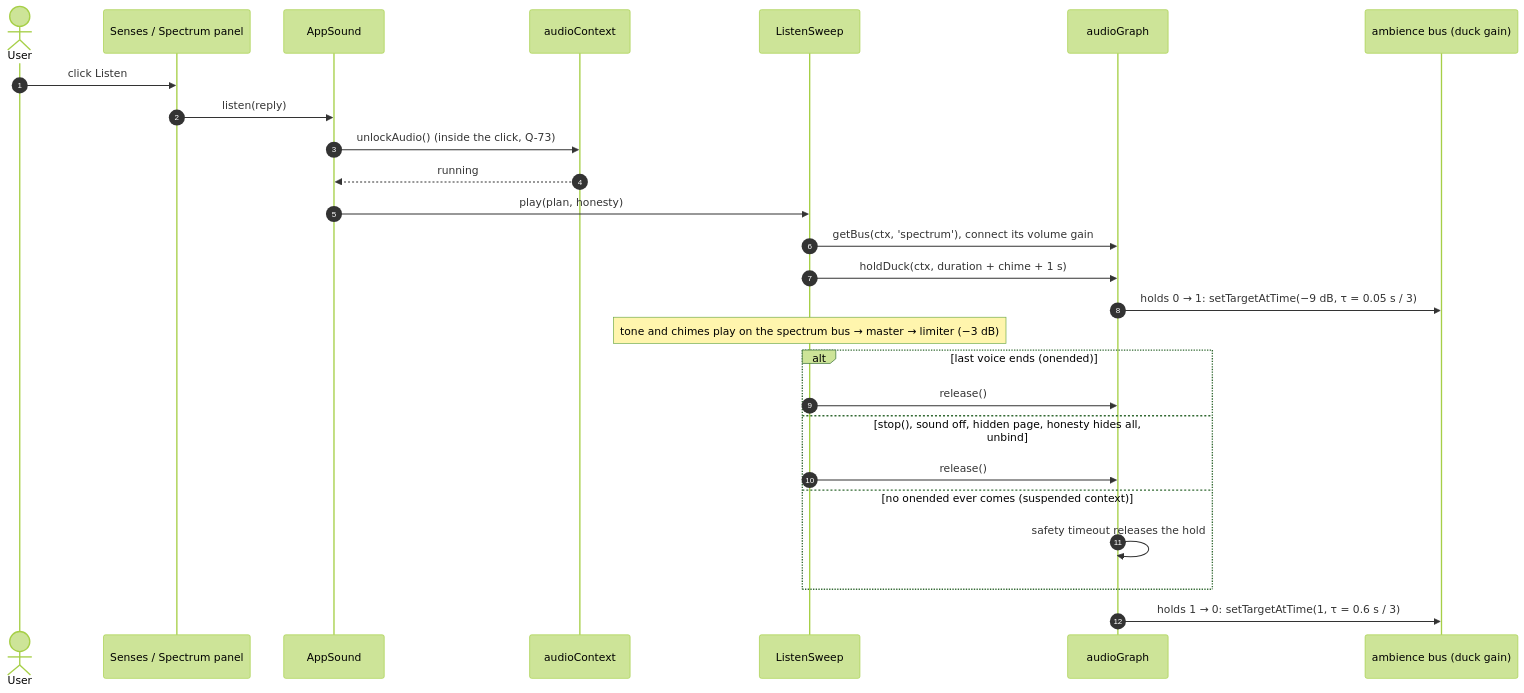
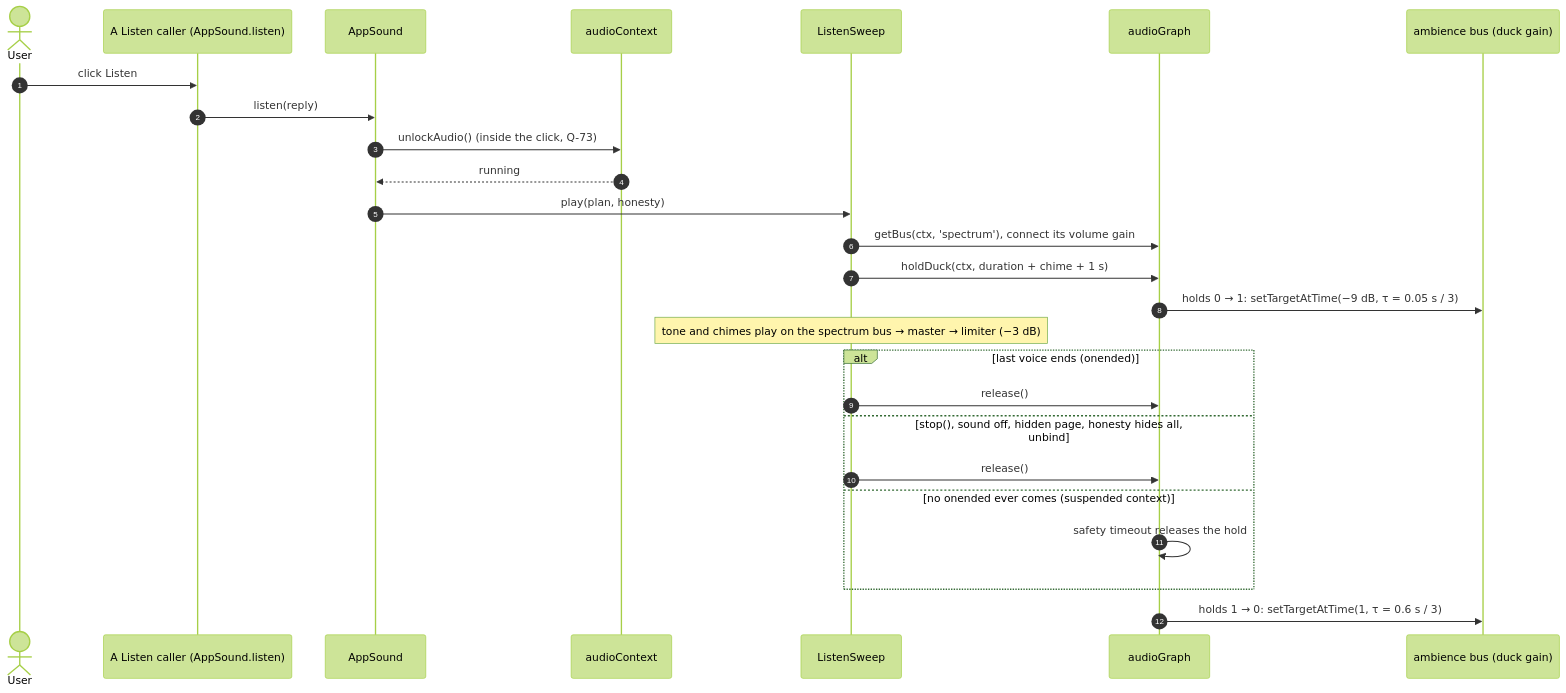
Before and after one commit to 0ffrian/SphereX: the diagram in docs/uml/11-sequence-touch-haptics.md, drawn with Mermaid (forest theme). The commit also changed other lines of this file and 18 other files, not shown here.

````diff
--- a/docs/uml/11-sequence-touch-haptics.md
+++ b/docs/uml/11-sequence-touch-haptics.md
@@ -7,28 +7,28 @@
 ```mermaid
 sequenceDiagram
   autonumber
   actor U as User
-  participant UI as Senses / Spectrum panel
+  participant UI as A Listen caller (AppSound.listen)
   participant A as AppSound
   participant C as audioContext
   participant S as ListenSweep
   participant G as audioGraph
   participant Amb as ambience bus (duck gain)
   U->>UI: click Listen
   UI->>A: listen(reply)
   A->>C: unlockAudio() (inside the click, Q-73)
   C-->>A: running
   A->>S: play(plan, honesty)
   S->>G: getBus(ctx, 'spectrum'), connect its volume gain
   S->>G: holdDuck(ctx, duration + chime + 1 s)
   G->>Amb: holds 0 → 1: setTargetAtTime(−9 dB, τ = 0.05 s / 3)
   Note over S: tone and chimes play on the spectrum bus → master → limiter (−3 dB)
   alt last voice ends (onended)
     S->>G: release()
   else stop(), sound off, hidden page, honesty hides all, unbind
     S->>G: release()
   else no onended ever comes (suspended context)
     G->>G: safety timeout releases the hold
   end
   G->>Amb: holds 1 → 0: setTargetAtTime(1, τ = 0.6 s / 3)
 ```
````
